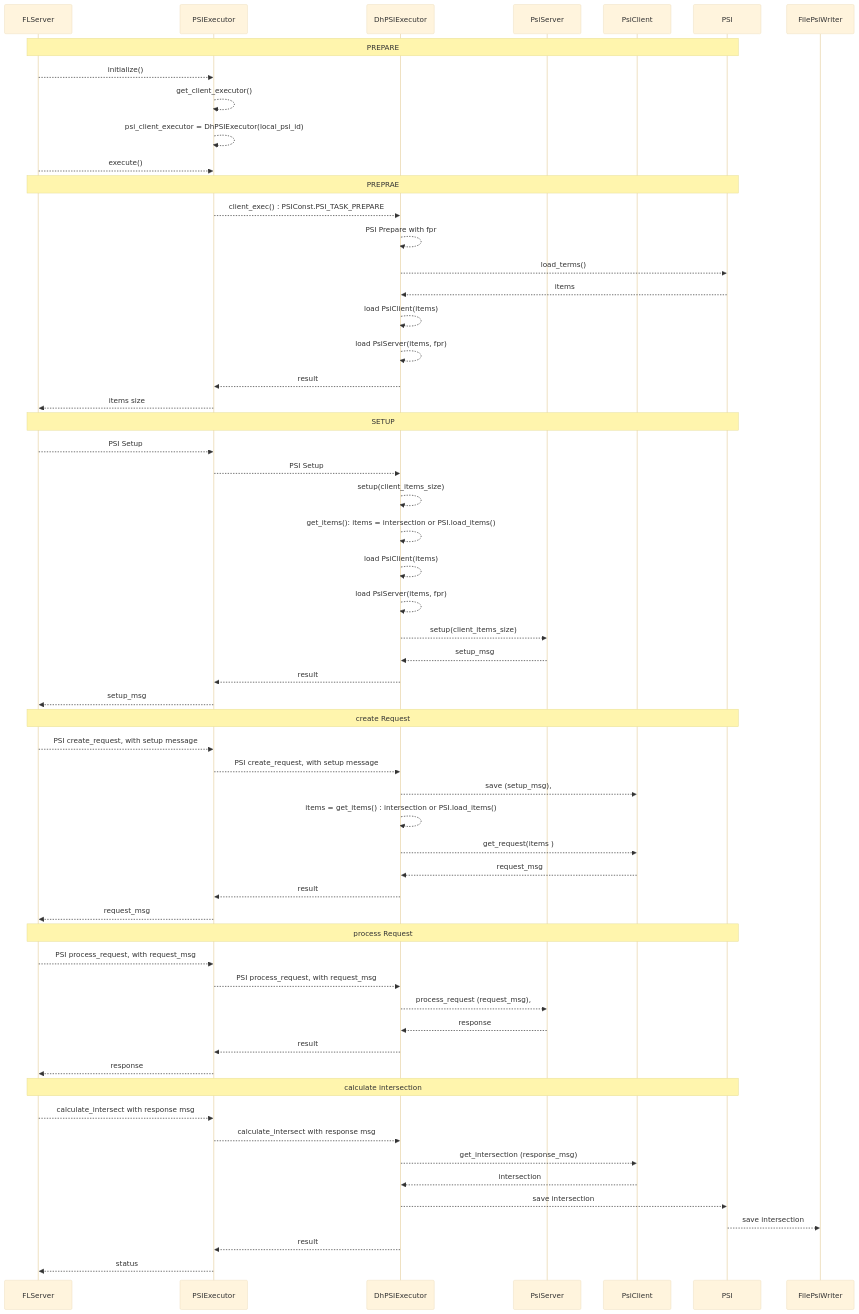
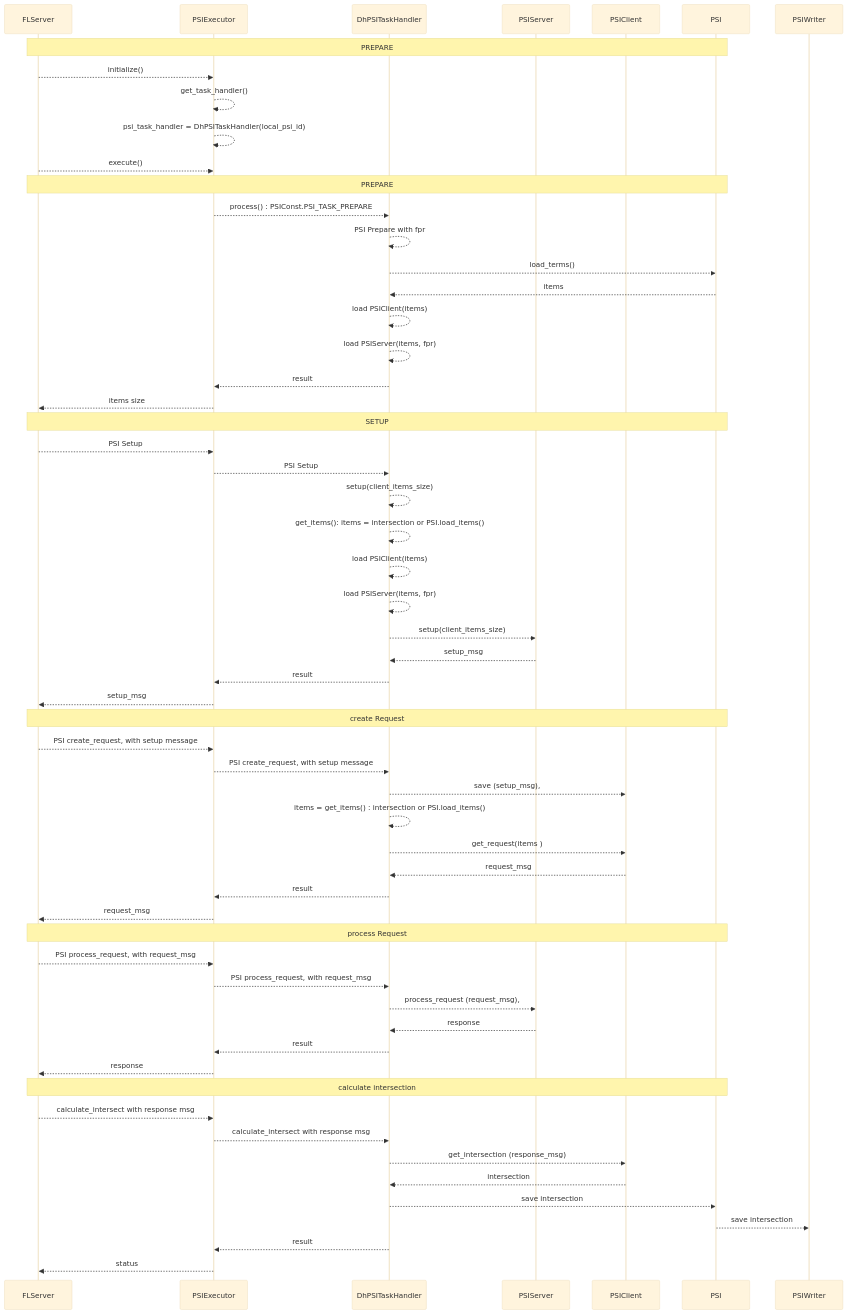
Before and after one commit to NVIDIA/NVFlare: the second of 2 diagrams in nvflare/app_common/psi/README.md, drawn with Mermaid (base theme). The commit also changed other lines of this file and 34 other files, not shown here.

````diff
--- a/nvflare/app_common/psi/README.md
+++ b/nvflare/app_common/psi/README.md
@@ -77,69 +77,69 @@
 ```mermaid
  
 sequenceDiagram
 
     participant FLServer
     participant PSIExecutor
-    participant DhPSIExecutor
-    participant PsiServer
-    participant PsiClient
+    participant DhPSITaskHandler
+    participant PSIServer
+    participant PSIClient
     participant PSI
-    participant FilePsiWriter
+    participant PSIWriter
     
     Note over FLServer, PSI : PREPARE 
-    FLServer -->>PSIExecutor: initialize()
-    PSIExecutor -->> PSIExecutor: get_client_executor()
-    PSIExecutor -->> PSIExecutor: psi_client_executor = DhPSIExecutor(local_psi_id)
+    FLServer -->> PSIExecutor: initialize()
+    PSIExecutor -->> PSIExecutor: get_task_handler()
+    PSIExecutor -->> PSIExecutor: psi_task_handler = DhPSITaskHandler(local_psi_id)
     FLServer -->> PSIExecutor: execute()
         
-    Note over FLServer, PSI : PREPRAE
-    PSIExecutor -->> DhPSIExecutor: client_exec() : PSIConst.PSI_TASK_PREPARE
-    DhPSIExecutor -->> DhPSIExecutor : PSI Prepare with fpr
-    DhPSIExecutor -->> PSI : load_terms()
-    PSI -->> DhPSIExecutor: items
-    DhPSIExecutor -->> DhPSIExecutor: load PsiClient(items)
-    DhPSIExecutor -->> DhPSIExecutor: load PsiServer(items, fpr)
-    DhPSIExecutor -->> PSIExecutor: result
+    Note over FLServer, PSI : PREPARE
+    PSIExecutor -->> DhPSITaskHandler: process() : PSIConst.PSI_TASK_PREPARE
+    DhPSITaskHandler -->> DhPSITaskHandler : PSI Prepare with fpr
+    DhPSITaskHandler -->> PSI : load_terms()
+    PSI -->> DhPSITaskHandler: items
+    DhPSITaskHandler -->> DhPSITaskHandler: load PSIClient(items)
+    DhPSITaskHandler -->> DhPSITaskHandler: load PSIServer(items, fpr)
+    DhPSITaskHandler -->> PSIExecutor: result
     PSIExecutor -->> FLServer : items size
     
     Note over FLServer, PSI : SETUP
     FLServer -->> PSIExecutor : PSI Setup
-    PSIExecutor -->> DhPSIExecutor:   PSI Setup
-    DhPSIExecutor -->> DhPSIExecutor: setup(client_items_size)
-    DhPSIExecutor -->> DhPSIExecutor : get_items(): items = intersection or PSI.load_items() 
-    DhPSIExecutor -->> DhPSIExecutor: load PsiClient(items)
-    DhPSIExecutor -->> DhPSIExecutor: load PsiServer(items, fpr)
-    DhPSIExecutor -->> PsiServer: setup(client_items_size)
-    PsiServer -->> DhPSIExecutor: setup_msg
-    DhPSIExecutor -->> PSIExecutor: result
+    PSIExecutor -->> DhPSITaskHandler:   PSI Setup
+    DhPSITaskHandler -->> DhPSITaskHandler: setup(client_items_size)
+    DhPSITaskHandler -->> DhPSITaskHandler : get_items(): items = intersection or PSI.load_items() 
+    DhPSITaskHandler -->> DhPSITaskHandler: load PSIClient(items)
+    DhPSITaskHandler -->> DhPSITaskHandler: load PSIServer(items, fpr)
+    DhPSITaskHandler -->> PSIServer: setup(client_items_size)
+    PSIServer -->> DhPSITaskHandler: setup_msg
+    DhPSITaskHandler -->> PSIExecutor: result
     PSIExecutor -->> FLServer: setup_msg
     
     Note over FLServer, PSI : create Request
     FLServer -->> PSIExecutor :  PSI create_request, with setup message
-    PSIExecutor -->> DhPSIExecutor:  PSI create_request, with setup message
-    DhPSIExecutor -->> PsiClient: save (setup_msg), 
-    DhPSIExecutor -->> DhPSIExecutor : items = get_items() : intersection or PSI.load_items()
-    DhPSIExecutor -->> PsiClient : get_request(items )
-    PsiClient -->> DhPSIExecutor : request_msg
-    DhPSIExecutor -->> PSIExecutor: result
+    PSIExecutor -->> DhPSITaskHandler:  PSI create_request, with setup message
+    DhPSITaskHandler -->> PSIClient: save (setup_msg), 
+    DhPSITaskHandler -->> DhPSITaskHandler : items = get_items() : intersection or PSI.load_items()
+    DhPSITaskHandler -->> PSIClient : get_request(items )
+    PSIClient -->> DhPSITaskHandler : request_msg
+    DhPSITaskHandler -->> PSIExecutor: result
     PSIExecutor -->> FLServer:request_msg
  
     Note over FLServer, PSI : process Request
     FLServer -->> PSIExecutor : PSI process_request, with request_msg
-    PSIExecutor -->> DhPSIExecutor : PSI process_request, with request_msg
-    DhPSIExecutor -->> PsiServer: process_request (request_msg), 
-    PsiServer -->> DhPSIExecutor : response
-    DhPSIExecutor -->> PSIExecutor: result
+    PSIExecutor -->> DhPSITaskHandler : PSI process_request, with request_msg
+    DhPSITaskHandler -->> PSIServer: process_request (request_msg), 
+    PSIServer -->> DhPSITaskHandler : response
+    DhPSITaskHandler -->> PSIExecutor: result
     PSIExecutor -->> FLServer : response
  
     Note over FLServer, PSI : calculate intersection
     FLServer -->> PSIExecutor : calculate_intersect with response msg
-    PSIExecutor -->> DhPSIExecutor : calculate_intersect with response msg
-    DhPSIExecutor -->> PsiClient: get_intersection (response_msg) 
-    PsiClient -->> DhPSIExecutor : intersection
-    DhPSIExecutor -->> PSI : save intersection
-    PSI -->> FilePsiWriter : save intersection
-    DhPSIExecutor -->> PSIExecutor: result
+    PSIExecutor -->> DhPSITaskHandler : calculate_intersect with response msg
+    DhPSITaskHandler -->> PSIClient: get_intersection (response_msg) 
+    PSIClient -->> DhPSITaskHandler : intersection
+    DhPSITaskHandler -->> PSI : save intersection
+    PSI -->> PSIWriter : save intersection
+    DhPSITaskHandler -->> PSIExecutor: result
     PSIExecutor -->> FLServer : status
     
 ```
````
